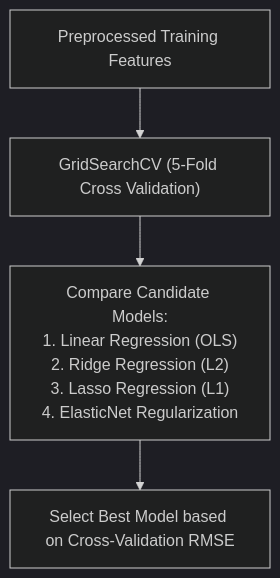
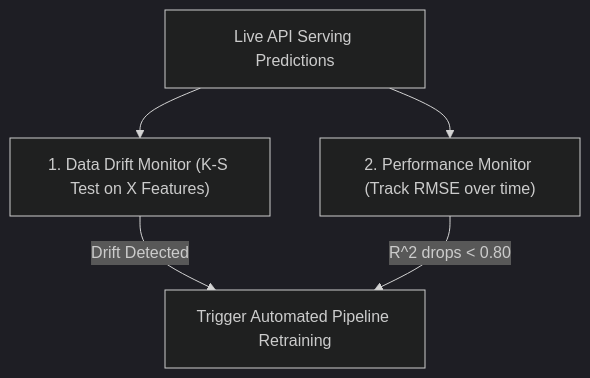
One commit to xrcodexcode/xr_node changed the diagram in 01_RAW/PROCESS/learn-core-machine-learning-part-14.md. Above: the diagram before and after it, drawn with Mermaid (dark theme). The commit also changed other lines of this file and 15 other files, not shown here.

````diff
--- a/01_RAW/PROCESS/learn-core-machine-learning-part-14.md
+++ b/01_RAW/PROCESS/learn-core-machine-learning-part-14.md
@@ -46,6 +132,7 @@
 ```mermaid
 flowchart TD
-    Preprocessed["Preprocessed Training Features"] --> GridSearch["GridSearchCV (5-Fold Cross Validation)"]
-    GridSearch --> Models["Compare Candidate Models:<br/>1. Linear Regression (OLS)<br/>2. Ridge Regression (L2)<br/>3. Lasso Regression (L1)<br/>4. ElasticNet Regularization"]
-    Models --> Best["Select Best Model based on Cross-Validation RMSE"]
+    Serving["Live API Serving Predictions"] --> Drift["1. Data Drift Monitor (K-S Test on X Features)"]
+    Serving --> Performance["2. Performance Monitor (Track RMSE over time)"]
+    Drift -- "Drift Detected" --> Retrain["Trigger Automated Pipeline Retraining"]
+    Performance -- "R^2 drops < 0.80" --> Retrain
 ```
````
